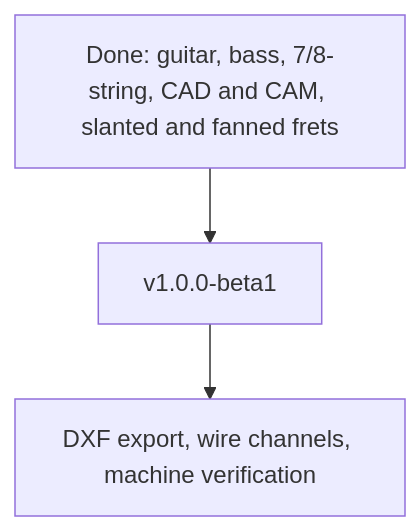
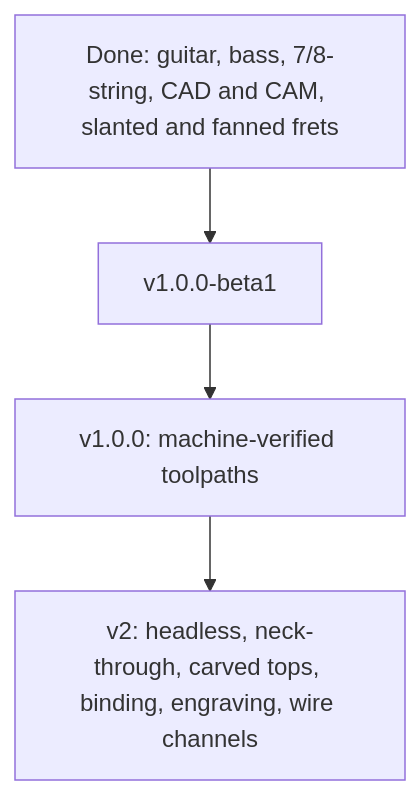
The diagram in ROADMAP.md (jolappi/CNCguitarwizard), drawn with Mermaid before and after one commit. The commit also changed other lines of this file and 19 other files, not shown here.

First line of the commit message:
feat: G-code dialects, Floyd Rose spring cover and v2 roadmap

````diff
--- a/ROADMAP.md
+++ b/ROADMAP.md
@@ -46,5 +84,6 @@
 ```mermaid
 flowchart TD
-    Done["Done: guitar, bass, 7/8-string, CAD and CAM, slanted and fanned frets"] --> V1["v1.0.0-beta1"]
-    V1 --> Later["DXF export, wire channels, machine verification"]
+    Done["Done: guitar, bass, 7/8-string, CAD and CAM, slanted and fanned frets"] --> Beta["v1.0.0-beta1"]
+    Beta --> V1["v1.0.0: machine-verified toolpaths"]
+    V1 --> V2["v2: headless, neck-through, carved tops, binding, engraving, wire channels"]
 ```
````
